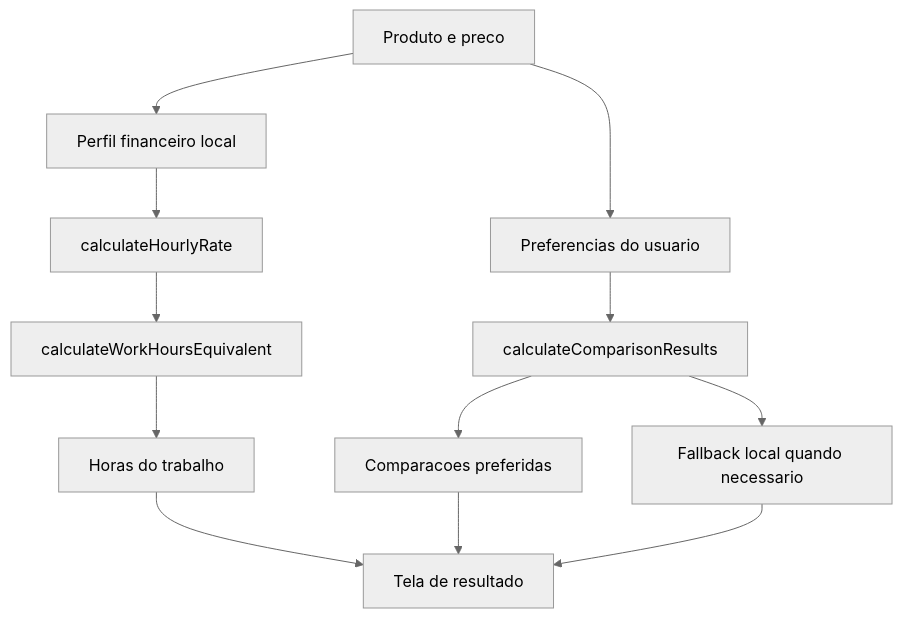
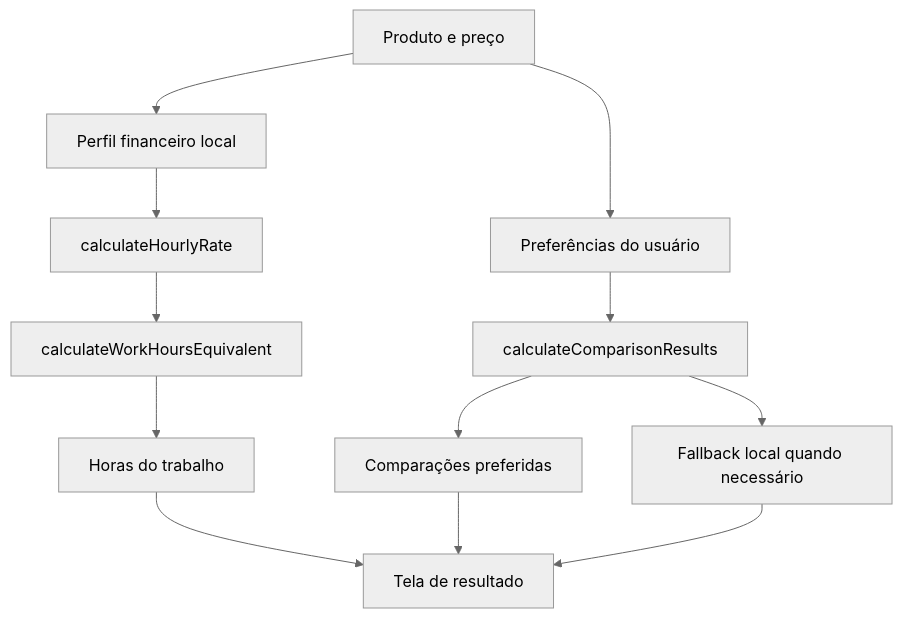
One commit to hlfreinoso/Quanto-Custa-na-Vida-Real changed the second of 4 diagrams in docs/flowchart.md. Above: the diagram before and after it, drawn with Mermaid (neutral theme). The commit also changed other lines of this file and 9 other files, not shown here.

````diff
--- a/docs/flowchart.md
+++ b/docs/flowchart.md
@@ -29,14 +29,14 @@
 ```mermaid
 flowchart TD
-  A[Produto e preco] --> B[Perfil financeiro local]
+  A[Produto e preço] --> B[Perfil financeiro local]
   B --> C[calculateHourlyRate]
   C --> D[calculateWorkHoursEquivalent]
   D --> E[Horas do trabalho]
-  A --> F[Preferencias do usuario]
+  A --> F[Preferências do usuário]
   F --> G[calculateComparisonResults]
-  G --> H[Comparacoes preferidas]
-  G --> I[Fallback local quando necessario]
+  G --> H[Comparações preferidas]
+  G --> I[Fallback local quando necessário]
   E --> J[Tela de resultado]
   H --> J
   I --> J
 ```
````
